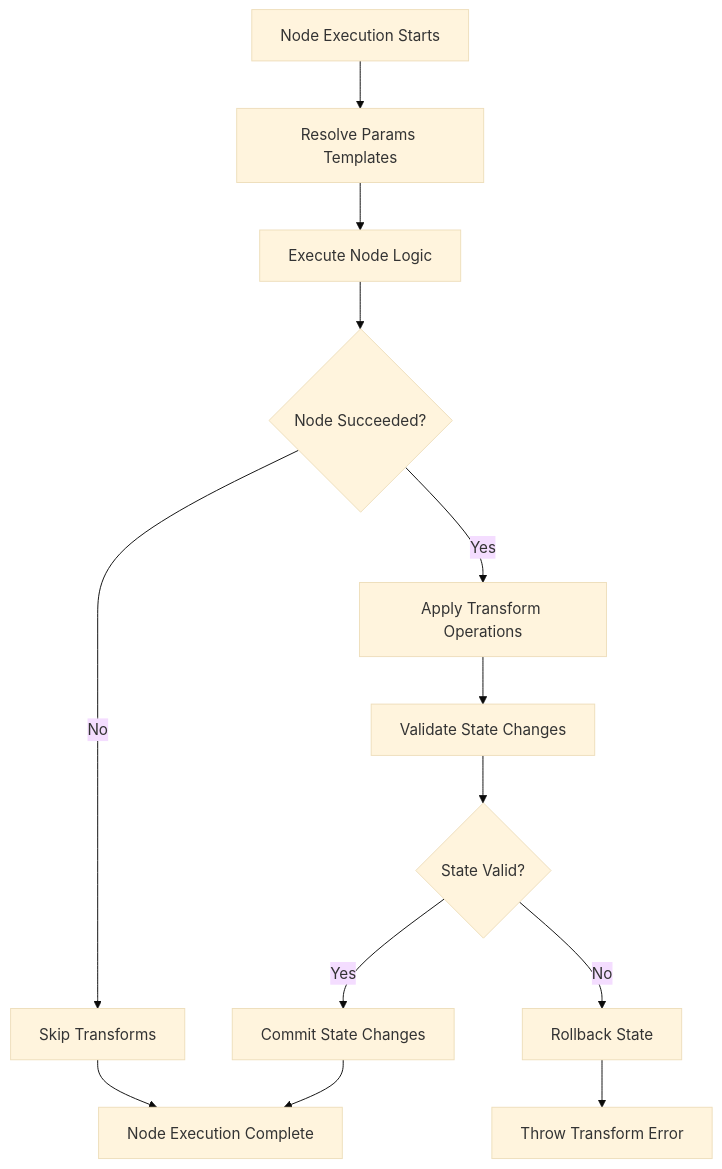
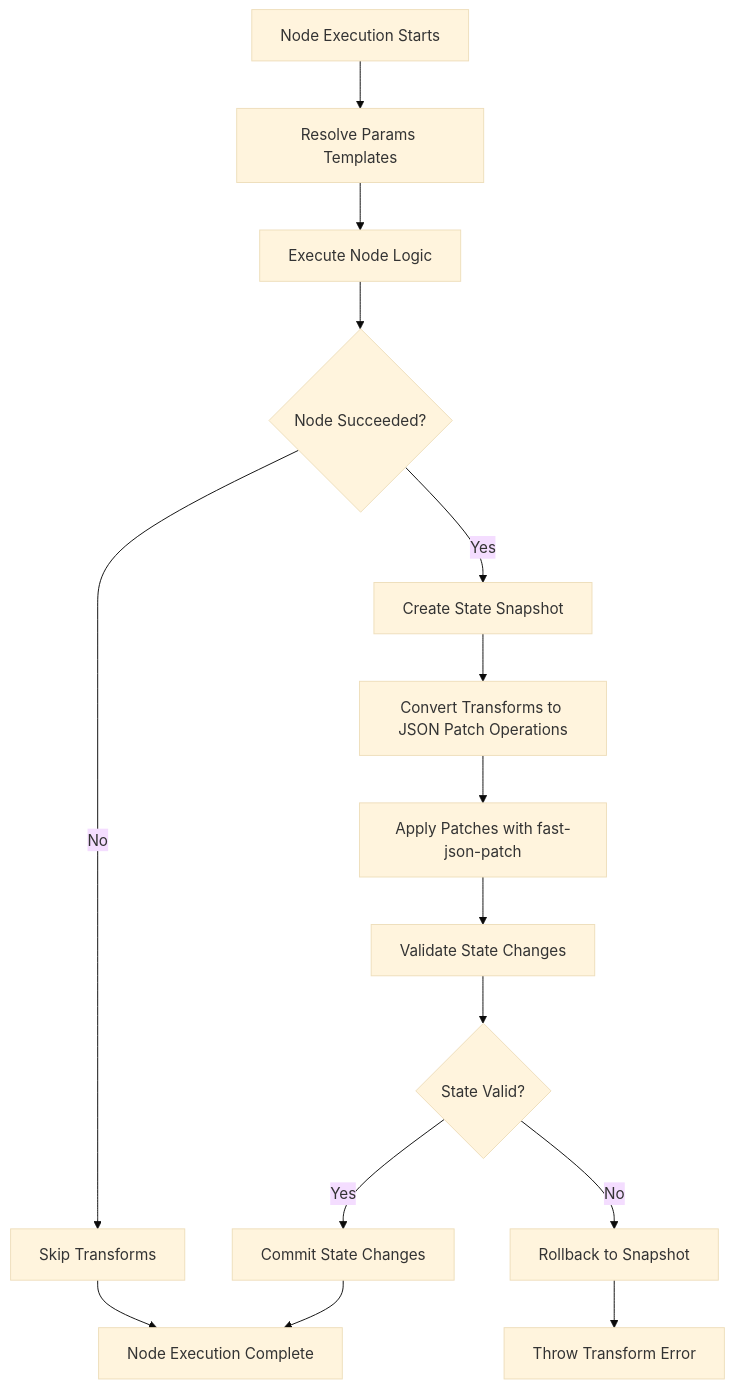
One commit to theingenuityco/starships.ai changed the diagram in packages/autopilot/docs/state-management-pattern.md. Above: the diagram before and after it, drawn with Mermaid (base theme). The commit also changed other lines of this file, not shown here.

````diff
--- a/packages/autopilot/docs/state-management-pattern.md
+++ b/packages/autopilot/docs/state-management-pattern.md
@@ -449,15 +438,17 @@
 ```mermaid
 graph TD
     A[Node Execution Starts] --> B[Resolve Params Templates]
     B --> C[Execute Node Logic]
     C --> D{Node Succeeded?}
-    D -->|Yes| E[Apply Transform Operations]
+    D -->|Yes| E[Create State Snapshot]
     D -->|No| F[Skip Transforms]
-    E --> G[Validate State Changes]
-    G --> H{State Valid?}
-    H -->|Yes| I[Commit State Changes]
-    H -->|No| J[Rollback State]
-    I --> K[Node Execution Complete]
-    J --> L[Throw Transform Error]
-    F --> K
+    E --> G[Convert Transforms to JSON Patch Operations]
+    G --> H[Apply Patches with fast-json-patch]
+    H --> I[Validate State Changes]
+    I --> J{State Valid?}
+    J -->|Yes| K[Commit State Changes]
+    J -->|No| L[Rollback to Snapshot]
+    K --> M[Node Execution Complete]
+    L --> N[Throw Transform Error]
+    F --> M
 ```
````
